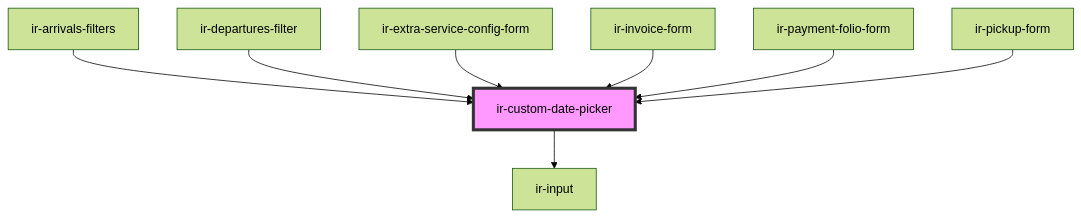
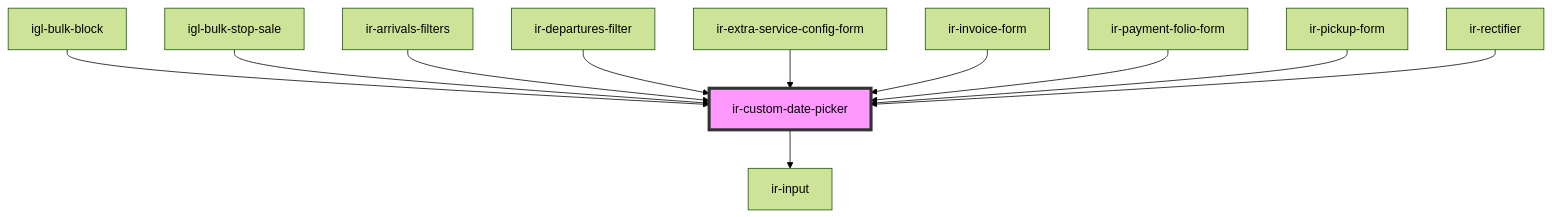
The diagram in src/components/ir-custom-date-picker/readme.md (RonyRizk/ir-webcmp), drawn with Mermaid (forest theme) before and after one commit. The commit also changed other lines of this file and 32 other files, not shown here.

````diff
--- a/src/components/ir-custom-date-picker/readme.md
+++ b/src/components/ir-custom-date-picker/readme.md
@@ -84,11 +87,14 @@
 ```mermaid
 graph TD;
   ir-custom-date-picker --> ir-input
+  igl-bulk-block --> ir-custom-date-picker
+  igl-bulk-stop-sale --> ir-custom-date-picker
   ir-arrivals-filters --> ir-custom-date-picker
   ir-departures-filter --> ir-custom-date-picker
   ir-extra-service-config-form --> ir-custom-date-picker
   ir-invoice-form --> ir-custom-date-picker
   ir-payment-folio-form --> ir-custom-date-picker
   ir-pickup-form --> ir-custom-date-picker
+  ir-rectifier --> ir-custom-date-picker
   style ir-custom-date-picker fill:#f9f,stroke:#333,stroke-width:4px
 ```
````
